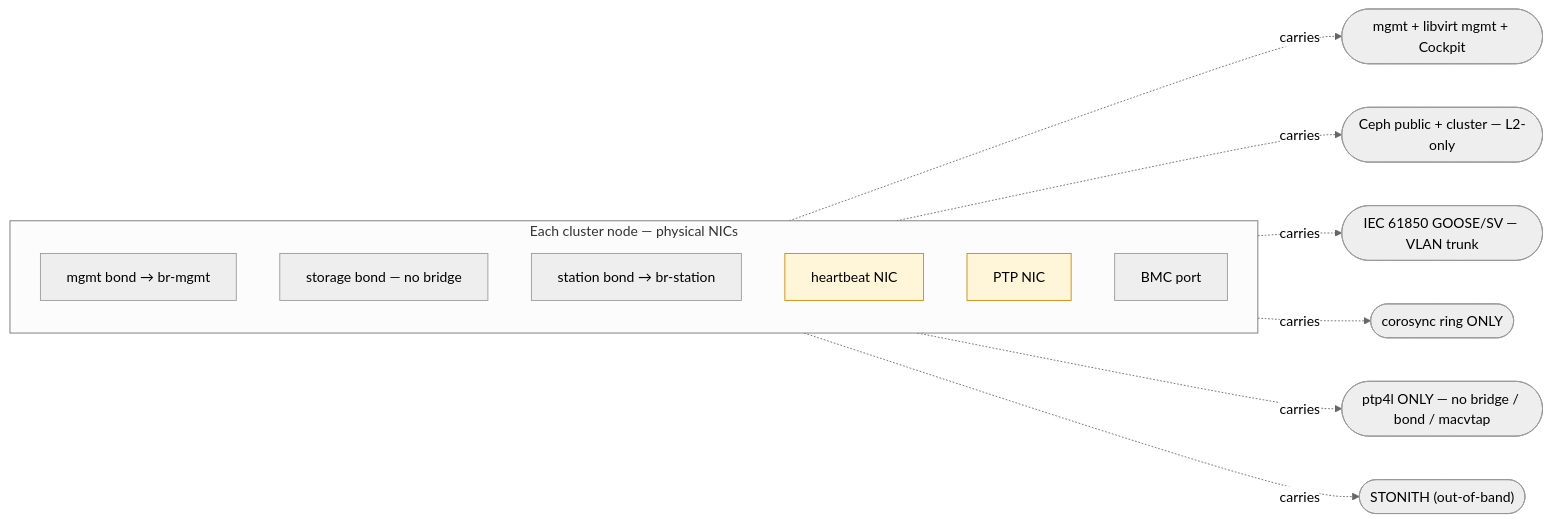
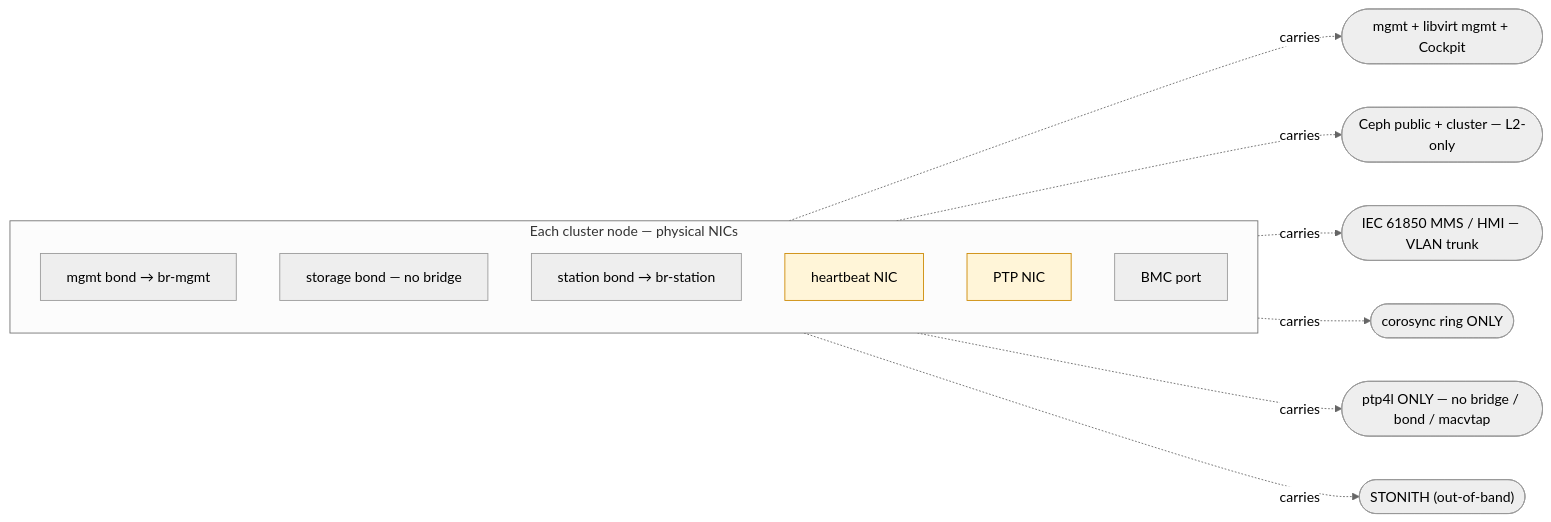
Before and after one commit to RedHatEdge/ansible-vpac: the first of 3 diagrams in docs/ARCHITECTURE.md, drawn with Mermaid (neutral theme). The commit also changed other lines of this file and 7 other files, not shown here.

````diff
--- a/docs/ARCHITECTURE.md
+++ b/docs/ARCHITECTURE.md
@@ -26,23 +26,23 @@
 ```mermaid
 flowchart LR
   subgraph node["Each cluster node — physical NICs"]
     direction TB
     mgmt["mgmt bond → br-mgmt"]
     storage["storage bond — no bridge"]
     station["station bond → br-station"]
     hb["heartbeat NIC"]
     ptp["PTP NIC"]
     bmc["BMC port"]
   end
 
   mgmt -. carries .-> mgmtN(["mgmt + libvirt mgmt + Cockpit"])
   storage -. carries .-> storageN(["Ceph public + cluster — L2-only"])
-  station -. carries .-> stationN(["IEC 61850 GOOSE/SV — VLAN trunk"])
+  station -. carries .-> stationN(["IEC 61850 MMS / HMI — VLAN trunk"])
   hb -. carries .-> hbN(["corosync ring ONLY"])
   ptp -. carries .-> ptpN(["ptp4l ONLY — no bridge / bond / macvtap"])
   bmc -. carries .-> bmcN(["STONITH (out-of-band)"])
 
   classDef mustdedicate fill:#fff5d8,stroke:#c80,color:#000
   hb:::mustdedicate
   ptp:::mustdedicate
 ```
````
